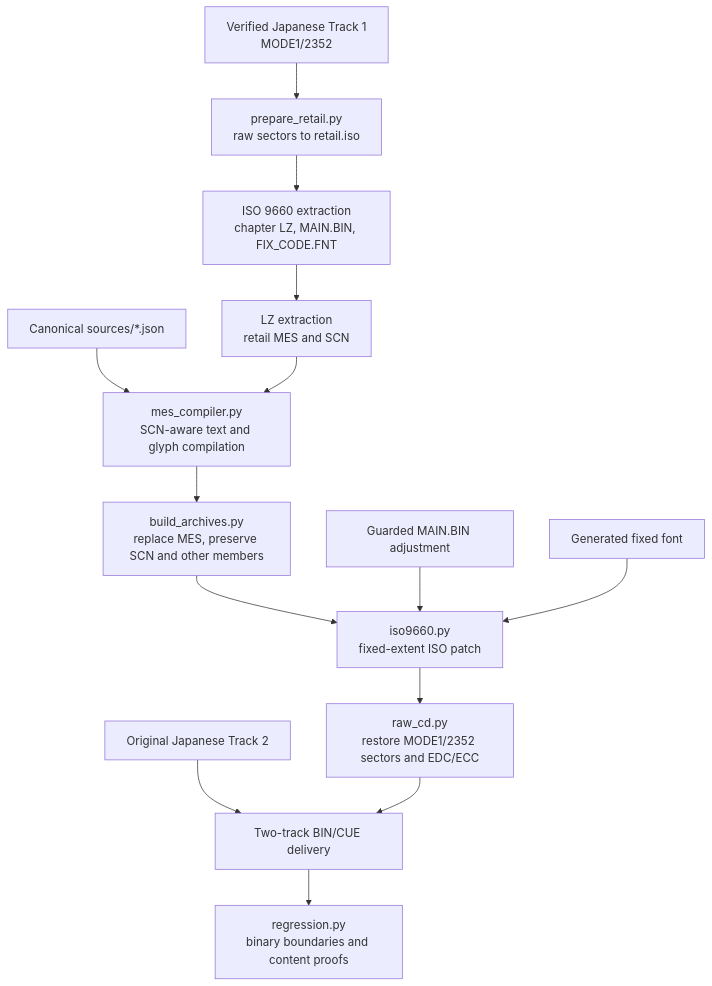
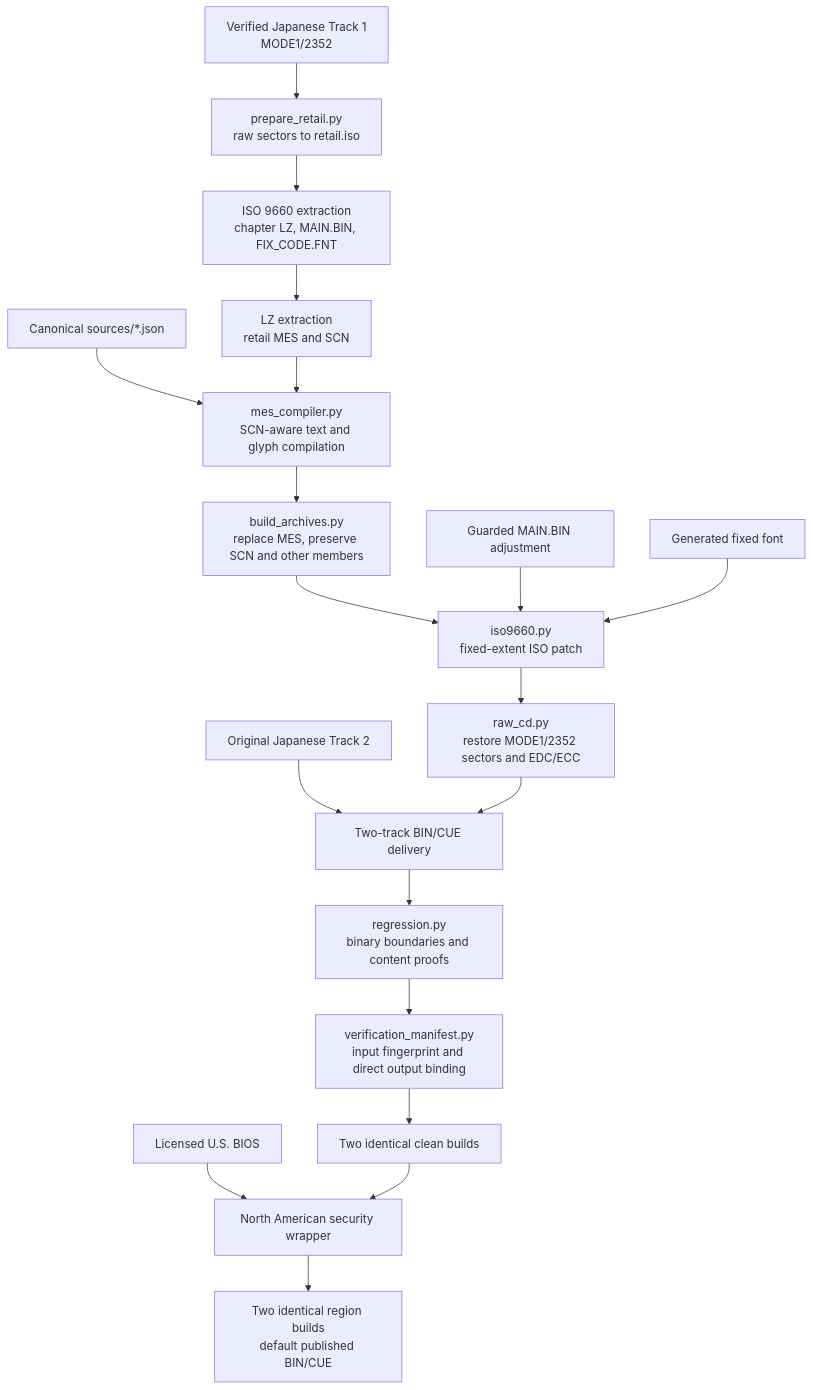
One commit to matt-dawidowicz/nostalgia-1907-translation changed the diagram in docs/ARCHITECTURE.md. Above: the diagram before and after it, drawn with Mermaid. The commit also changed other lines of this file and 62 other files, not shown here.

````diff
--- a/docs/ARCHITECTURE.md
+++ b/docs/ARCHITECTURE.md
@@ -24,16 +28,21 @@
 ```mermaid
 flowchart TD
     A["Verified Japanese Track 1<br/>MODE1/2352"] --> B["prepare_retail.py<br/>raw sectors to retail.iso"]
     B --> C["ISO 9660 extraction<br/>chapter LZ, MAIN.BIN, FIX_CODE.FNT"]
     C --> D["LZ extraction<br/>retail MES and SCN"]
     E["Canonical sources/*.json"] --> F["mes_compiler.py<br/>SCN-aware text and glyph compilation"]
     D --> F
     F --> G["build_archives.py<br/>replace MES, preserve SCN and other members"]
     G --> H["iso9660.py<br/>fixed-extent ISO patch"]
     I["Guarded MAIN.BIN adjustment"] --> H
     J["Generated fixed font"] --> H
     H --> K["raw_cd.py<br/>restore MODE1/2352 sectors and EDC/ECC"]
     L["Original Japanese Track 2"] --> M["Two-track BIN/CUE delivery"]
     K --> M
     M --> N["regression.py<br/>binary boundaries and content proofs"]
+    N --> O["verification_manifest.py<br/>input fingerprint and direct output binding"]
+    O --> P["Two identical clean builds"]
+    Q["Licensed U.S. BIOS"] --> R["North American security wrapper"]
+    P --> R
+    R --> S["Two identical region builds<br/>default published BIN/CUE"]
 ```
````
